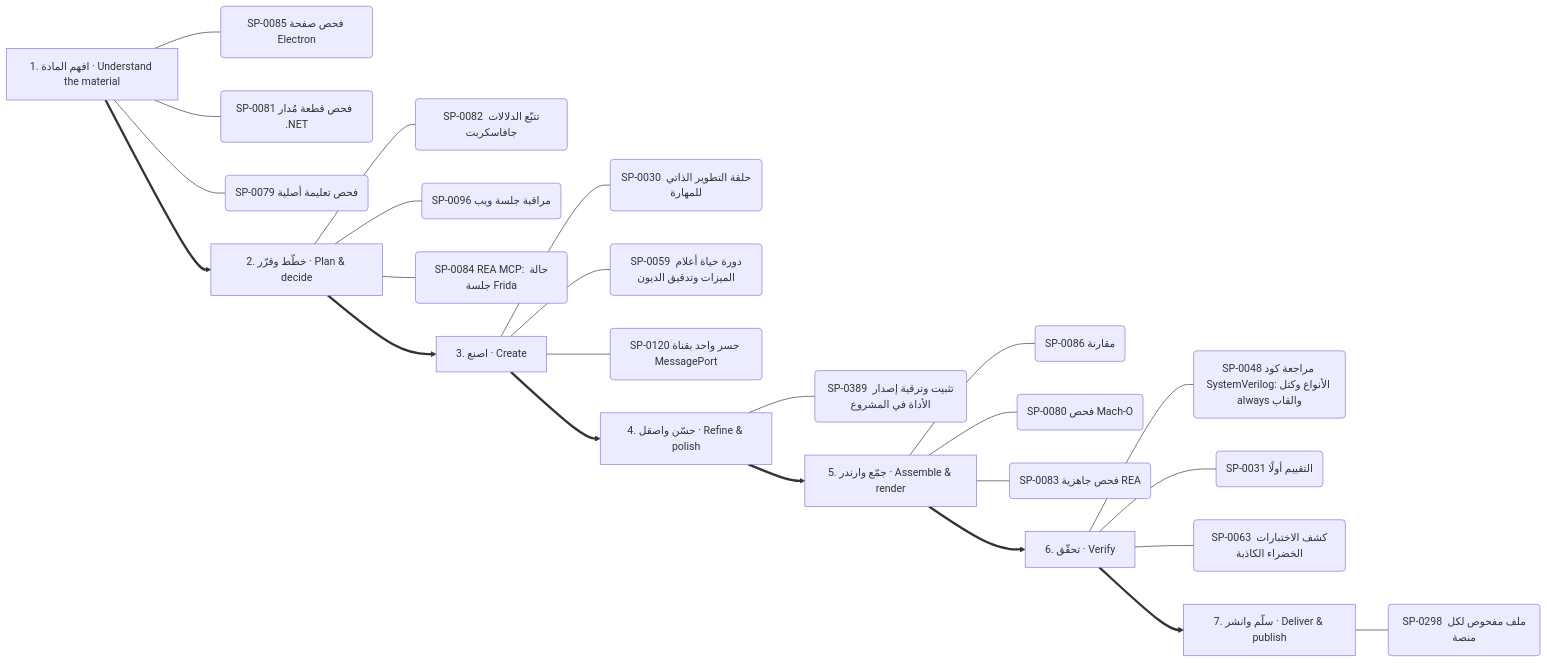
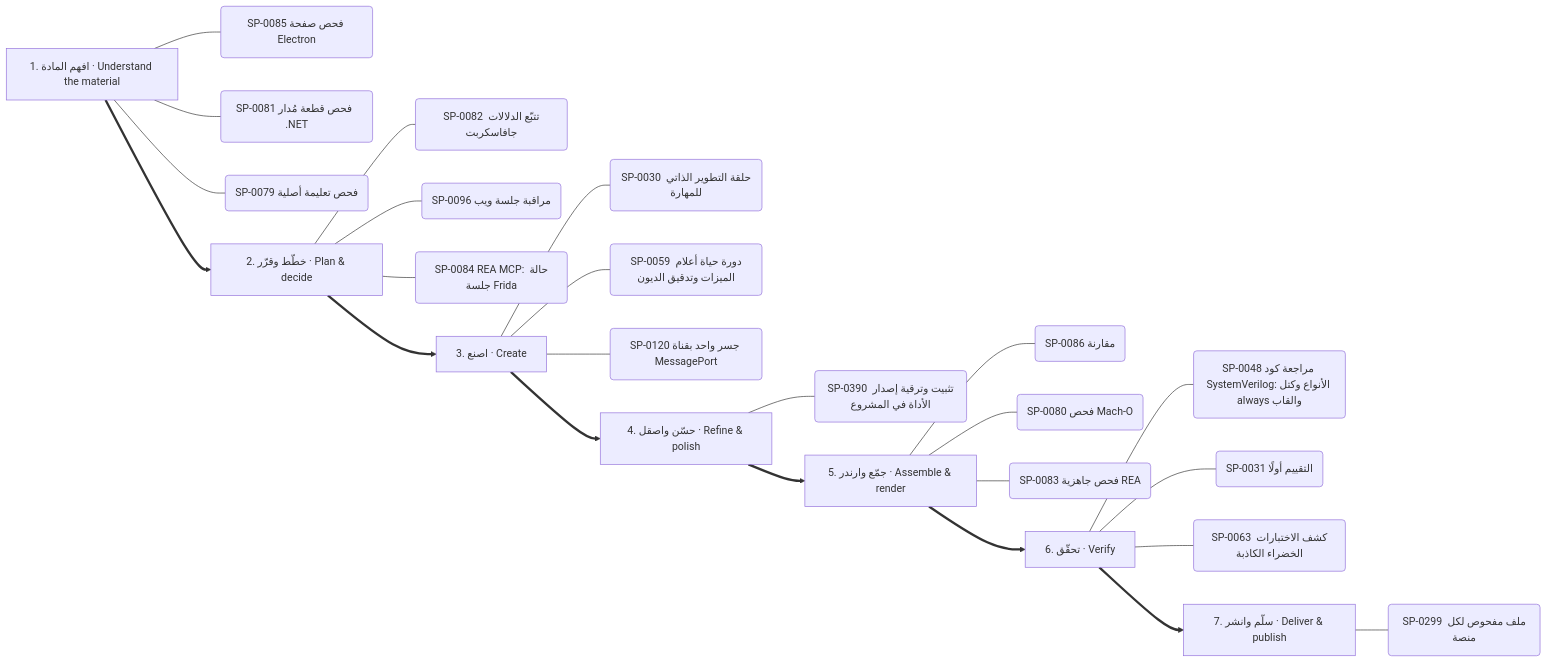
One commit to kosif199022-jpg/kosif-tool changed diagram 11 of 13 in .claude/skills/kosif-superpowers/references/capability-mindmap.md. Above: the diagram before and after it, drawn with Mermaid. The commit also changed other lines of this file and 61 other files, not shown here.

````diff
--- a/.claude/skills/kosif-superpowers/references/capability-mindmap.md
+++ b/.claude/skills/kosif-superpowers/references/capability-mindmap.md
@@ -557,33 +557,33 @@
 ```mermaid
 flowchart LR
   S0["1. افهم المادة · Understand the material"]
   S0 --- S0_0("SP-0085 فحص صفحة Electron")
   S0 --- S0_1("SP-0081 فحص قطعة مُدار  .NET ")
   S0 --- S0_2("SP-0079 فحص تعليمة أصلية")
   S1["2. خطّط وقرّر · Plan & decide"]
   S1 --- S1_0("SP-0082 تتبّع الدلالات جافاسكربت")
   S1 --- S1_1("SP-0096 مراقبة جلسة ويب")
   S1 --- S1_2("SP-0084 REA MCP: حالة جلسة Frida")
   S0 ==> S1
   S2["3. اصنع · Create"]
   S2 --- S2_0("SP-0030 حلقة التطوير الذاتي للمهارة")
   S2 --- S2_1("SP-0059 دورة حياة أعلام الميزات وتدقيق الديون")
   S2 --- S2_2("SP-0120 جسر واحد بقناة MessagePort")
   S1 ==> S2
   S3["4. حسّن واصقل · Refine & polish"]
-  S3 --- S3_0("SP-0389 تثبيت وترقية إصدار الأداة في المشروع")
+  S3 --- S3_0("SP-0390 تثبيت وترقية إصدار الأداة في المشروع")
   S2 ==> S3
   S4["5. جمّع وارندر · Assemble & render"]
   S4 --- S4_0("SP-0086 مقارنة")
   S4 --- S4_1("SP-0080 فحص Mach-O")
   S4 --- S4_2("SP-0083 فحص جاهزية REA")
   S3 ==> S4
   S5["6. تحقّق · Verify"]
   S5 --- S5_0("SP-0048 مراجعة كود SystemVerilog: الأنواع وكتل always والقاب")
   S5 --- S5_1("SP-0031 التقييم أولًا")
   S5 --- S5_2("SP-0063 كشف الاختبارات الخضراء الكاذبة")
   S4 ==> S5
   S6["7. سلّم وانشر · Deliver & publish"]
-  S6 --- S6_0("SP-0298 ملف مفحوص لكل منصة")
+  S6 --- S6_0("SP-0299 ملف مفحوص لكل منصة")
   S5 ==> S6
 ```
````
